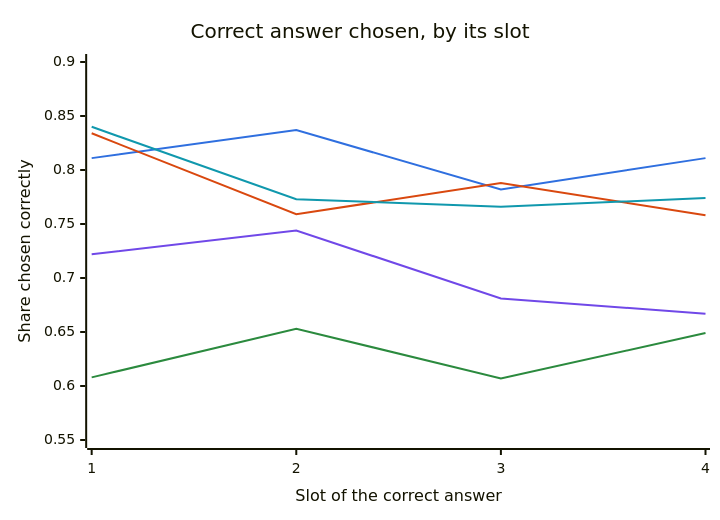
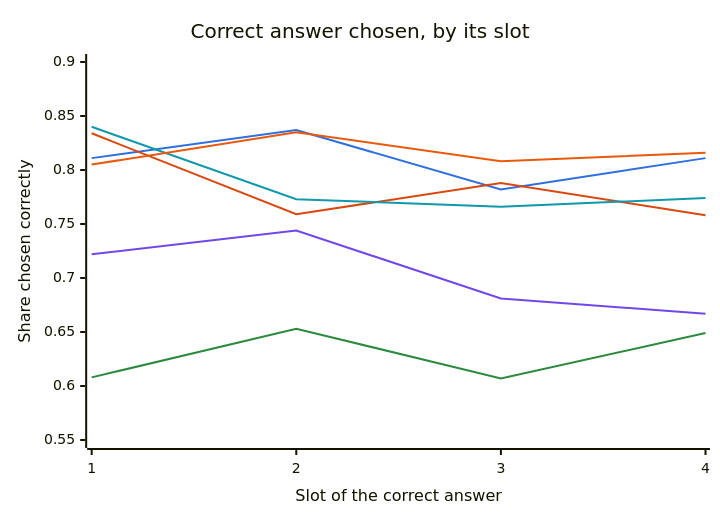
Before and after one commit to dorkitude/order-blind-decisions: the first of 3 diagrams in README.md, drawn with Mermaid. The commit also changed other lines of this file and 15 other files, not shown here.

````diff
--- a/README.md
+++ b/README.md
@@ -51,12 +52,13 @@
 ```mermaid
-%%{init: {"themeVariables": {"xyChart": {"plotColorPalette": "#2f6fdf, #d9480f, #2b8a3e, #7048e8, #1098ad"}}}}%%
+%%{init: {"themeVariables": {"xyChart": {"plotColorPalette": "#2f6fdf, #d9480f, #2b8a3e, #7048e8, #1098ad, #e8590c"}}}}%%
 xychart-beta
     title "Correct answer chosen, by its slot"
     x-axis "Slot of the correct answer" [1, 2, 3, 4]
     y-axis "Share chosen correctly" 0.55 --> 0.90
     line [0.811, 0.837, 0.782, 0.811]
     line [0.834, 0.759, 0.788, 0.758]
     line [0.608, 0.653, 0.607, 0.649]
     line [0.722, 0.744, 0.681, 0.667]
     line [0.840, 0.773, 0.766, 0.774]
+    line [0.805, 0.835, 0.808, 0.816]
 ```
````
